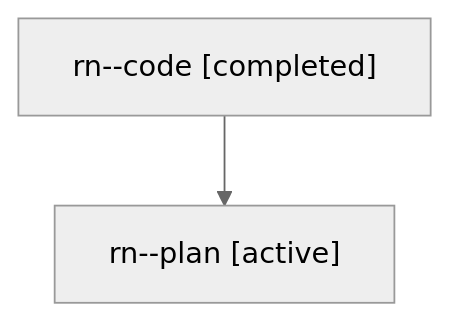
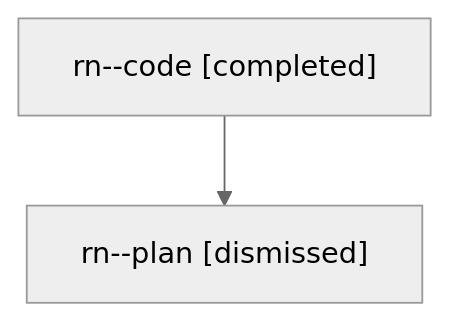
One commit to sase-org/sase--agents changed the diagram in sessions/bbugyi200.athena.rn.md. Above: the diagram before and after it, drawn with Mermaid (neutral theme). The commit also changed other lines of this file and 28 other files, not shown here.

````diff
--- a/sessions/bbugyi200.athena.rn.md
+++ b/sessions/bbugyi200.athena.rn.md
@@ -9,6 +9,6 @@
 ```mermaid
 flowchart TD
   n0["rn--code [completed]"]
-  n1["rn--plan [active]"]
+  n1["rn--plan [dismissed]"]
   n0 --> n1
 ```
````
